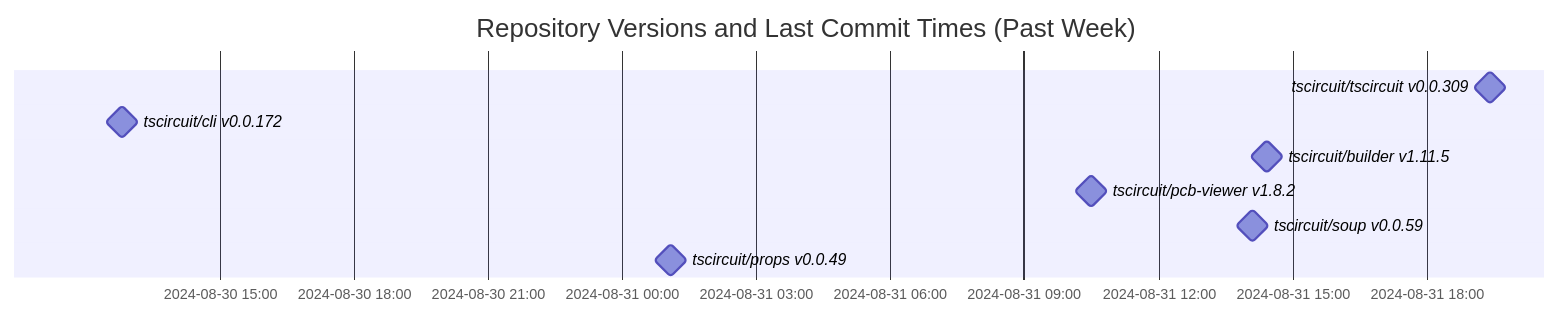
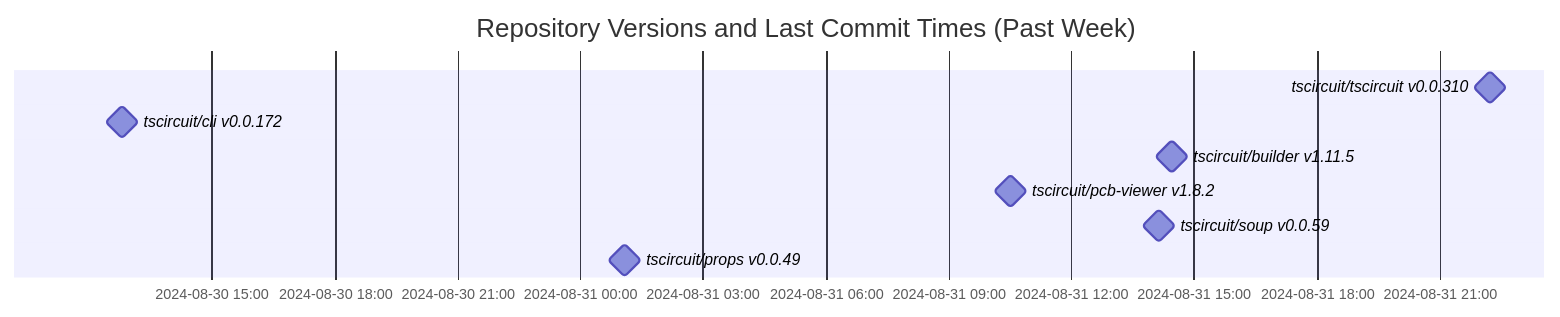
One commit to tscircuit/version-tracker changed the diagram in README.md. Above: the diagram before and after it, drawn with Mermaid.

Commit message:
Update chart

````diff
--- a/README.md
+++ b/README.md
@@ -1,13 +1,13 @@
 ```mermaid
 gantt
   dateFormat  YYYY-MM-DD HH:mm:ss
   title Repository Versions and Last Commit Times (Past Week)
   axisFormat %Y-%m-%d %H:%M
 
-  tscircuit/tscircuit v0.0.309 : milestone, 2024-08-31 19:25:47, 1s
+  tscircuit/tscircuit v0.0.310 : milestone, 2024-08-31 22:14:10, 1s
   tscircuit/cli v0.0.172 : milestone, 2024-08-30 12:48:12, 1s
   tscircuit/builder v1.11.5 : milestone, 2024-08-31 14:26:36, 1s
   tscircuit/pcb-viewer v1.8.2 : milestone, 2024-08-31 10:30:56, 1s
   tscircuit/soup v0.0.59 : milestone, 2024-08-31 14:07:29, 1s
   tscircuit/props v0.0.49 : milestone, 2024-08-31 01:05:09, 1s
 ```
````
